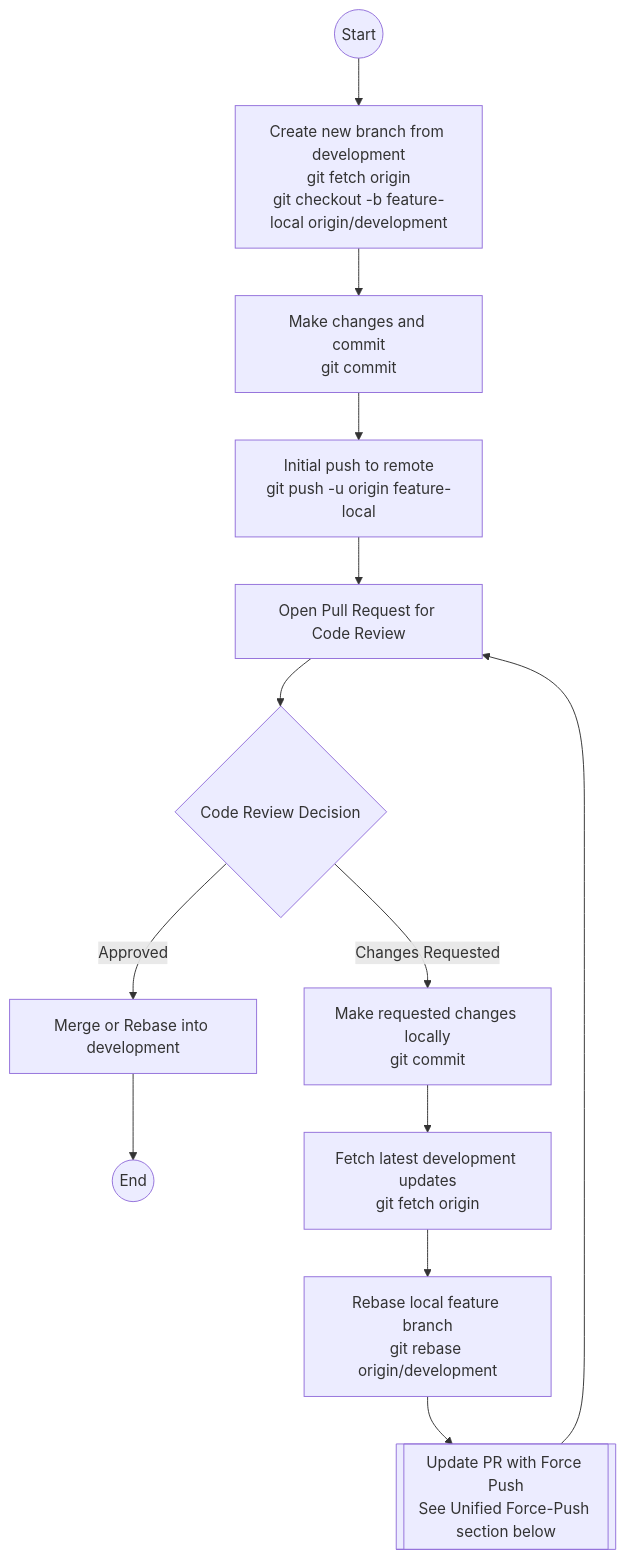
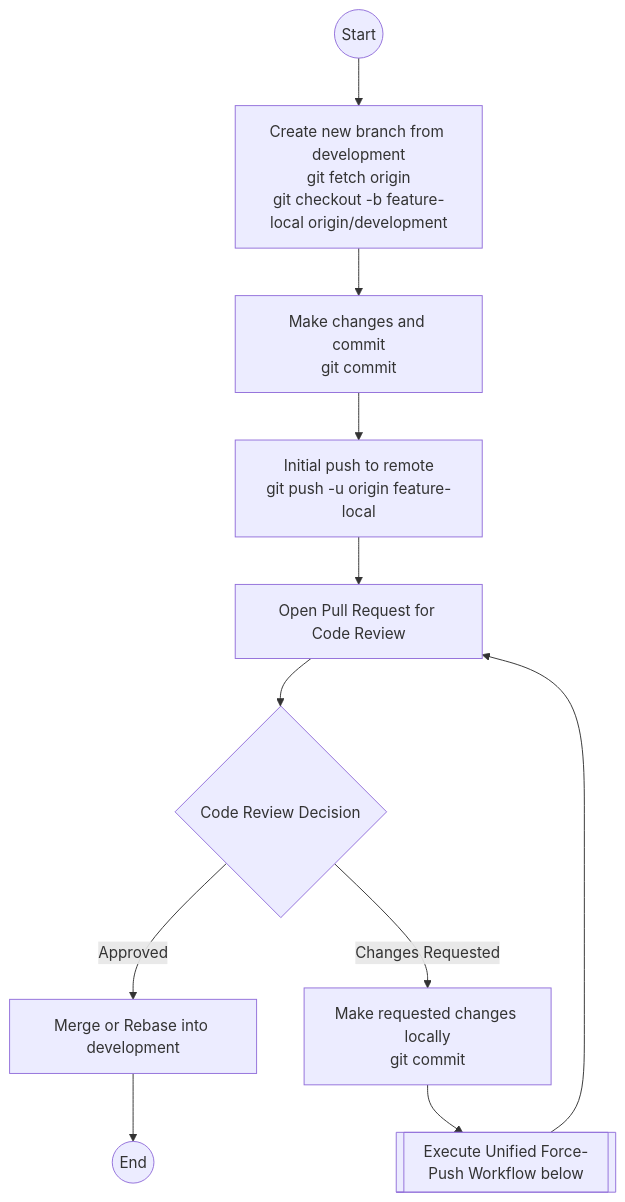
The first of 14 diagrams in README.md (zurcacielos/git-rebase-explained-to-infinity), drawn with Mermaid before and after one commit. The commit also changed other lines of this file, not shown here.

Commit message:
added step CI/CD after success

````diff
--- a/README.md
+++ b/README.md
@@ -51,17 +51,15 @@
 ```mermaid
 flowchart TD
     Start((Start)) --> Checkout["Create new branch from development<br>git fetch origin<br>git checkout -b feature-local origin/development"]
     Checkout --> Commit[Make changes and commit<br>git commit]
     Commit --> InitialPush[Initial push to remote<br>git push -u origin feature-local]
     InitialPush --> PR[Open Pull Request for Code Review]
     PR --> Review{Code Review Decision}
     
     Review -- Approved --> Merge[Merge or Rebase into development]
     Merge --> End((End))
     
     Review -- Changes Requested --> MoreCommits[Make requested changes locally<br>git commit]
-    MoreCommits --> Fetch[Fetch latest development updates<br>git fetch origin]
-    Fetch --> Rebase[Rebase local feature branch<br>git rebase origin/development]
-    Rebase --> ForcePush[[Update PR with Force Push<br>See Unified Force-Push section below]]
-    ForcePush --> PR
+    MoreCommits --> UnifiedWorkflow[[Execute Unified Force-Push Workflow below]]
+    UnifiedWorkflow --> PR
 ```
````
